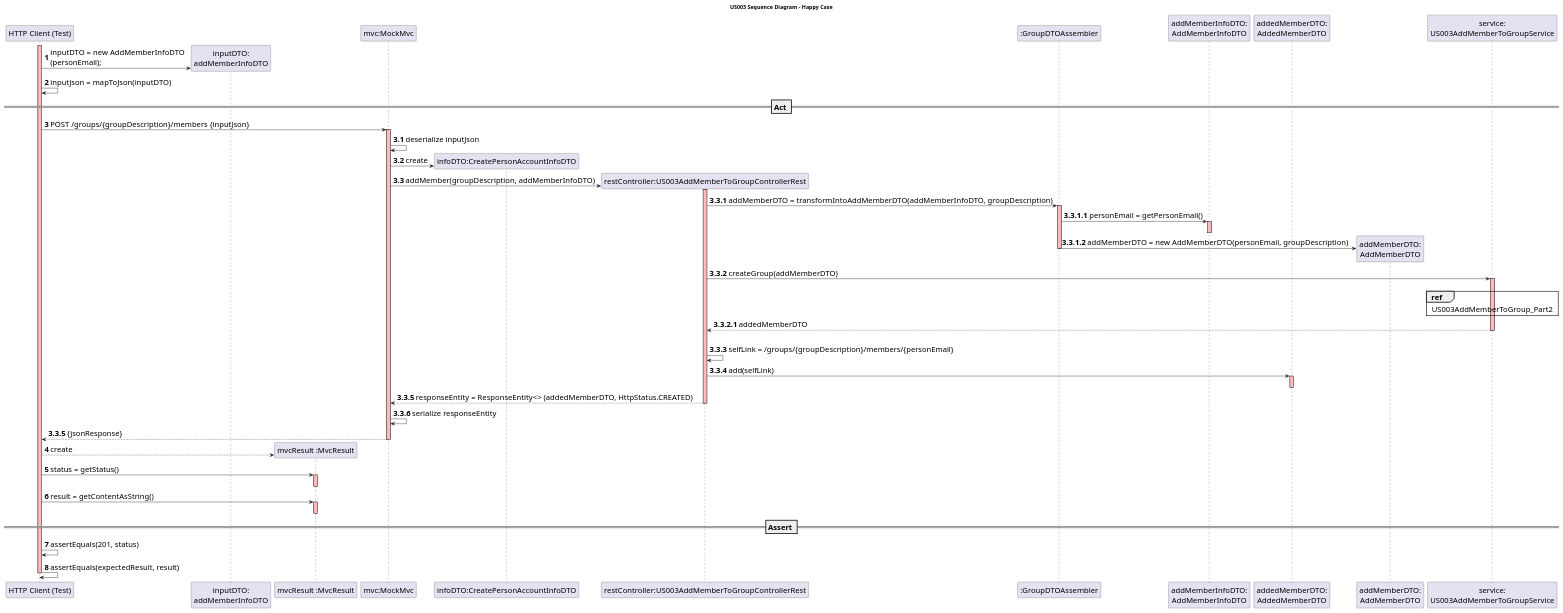
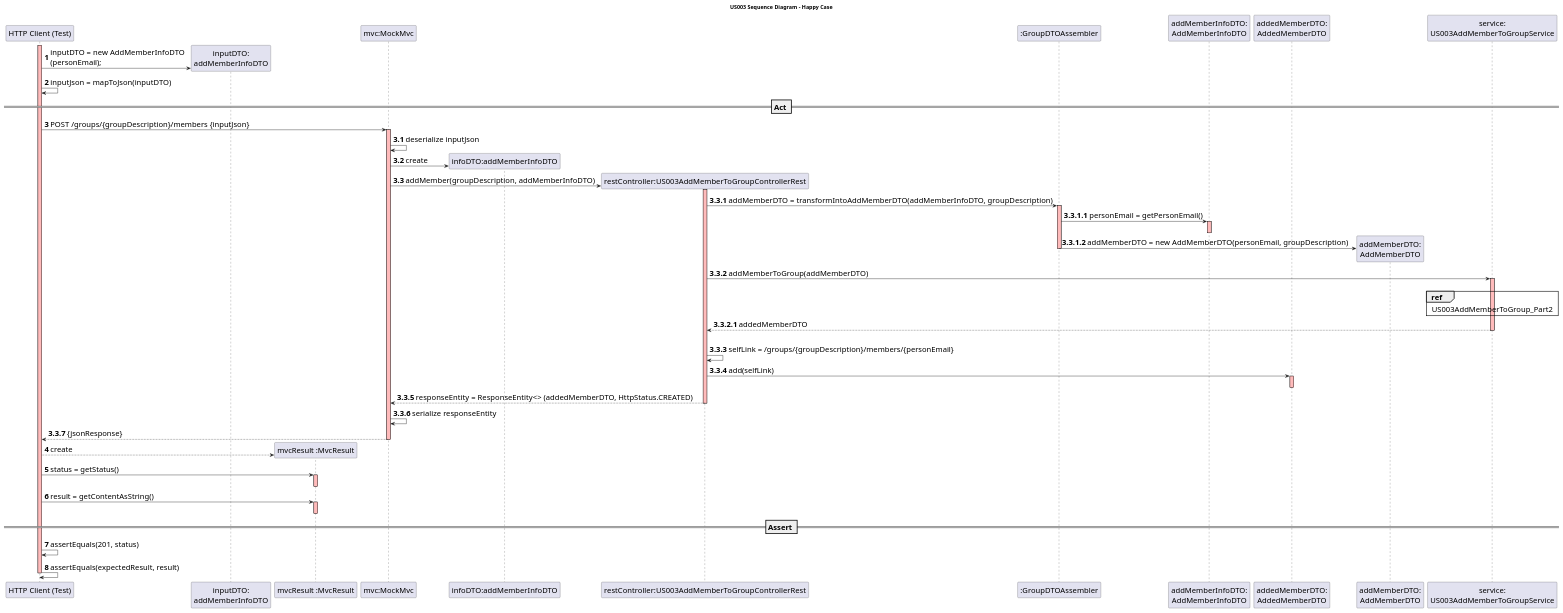
One commit to mleitaoribeiro/DevOpsMaven changed the diagram in src/main/java/switch2019/project/controllerLayer/rest/US003AddMemberToGroupControllerRest.puml. Above: the diagram before and after it, drawn with PlantUML.

Commit message:
ref #955 update to Sequence Diagram

```diff
--- a/src/main/java/switch2019/project/controllerLayer/rest/US003AddMemberToGroupControllerRest.puml
+++ b/src/main/java/switch2019/project/controllerLayer/rest/US003AddMemberToGroupControllerRest.puml
@@ -1,100 +1,100 @@
 @startuml
 
 skinparam DefaultFontSize 20
 
 title US003 Sequence Diagram - Happy Case
 
 participant "HTTP Client (Test)"
 participant "inputDTO:\naddMemberInfoDTO"
 participant "mvcResult :MvcResult"
 participant "mvc:MockMvc"
-participant "infoDTO:CreatePersonAccountInfoDTO"
+participant "infoDTO:addMemberInfoDTO"
 participant "restController:US003AddMemberToGroupControllerRest"
 participant ":GroupDTOAssembler"
 participant "addMemberInfoDTO:\nAddMemberInfoDTO"
 participant "addedMemberDTO:\nAddedMemberDTO"
 participant "addMemberDTO:\nAddMemberDTO"
 participant "service:\nUS003AddMemberToGroupService"
 
 autonumber 1
 create "inputDTO:\naddMemberInfoDTO"
 activate "HTTP Client (Test)" #FFBBBB
 "HTTP Client (Test)" -> "inputDTO:\naddMemberInfoDTO": inputDTO = new AddMemberInfoDTO\n(personEmail);
 "HTTP Client (Test)" -> "HTTP Client (Test)": inputJson = mapToJson(inputDTO)
 
 == Act ==
 
 "HTTP Client (Test)" -> "mvc:MockMvc" : POST /groups/{groupDescription}/members {inputJson}
 activate "mvc:MockMvc"  #FFBBBB
 
 autonumber 3.1
 "mvc:MockMvc" -> "mvc:MockMvc" :  deserialize inputJson
 
-create "infoDTO:CreatePersonAccountInfoDTO"
-"mvc:MockMvc"->"infoDTO:CreatePersonAccountInfoDTO": create
+create "infoDTO:addMemberInfoDTO"
+"mvc:MockMvc"->"infoDTO:addMemberInfoDTO": create
 
 create "restController:US003AddMemberToGroupControllerRest"
 "mvc:MockMvc"-> "restController:US003AddMemberToGroupControllerRest" : addMember(groupDescription, addMemberInfoDTO)
 
 autonumber 3.3.1
 activate "restController:US003AddMemberToGroupControllerRest" #FFBBBB
 "restController:US003AddMemberToGroupControllerRest" -> ":GroupDTOAssembler": addMemberDTO = transformIntoAddMemberDTO(addMemberInfoDTO, groupDescription)
 
 autonumber 3.3.1.1
 
 activate ":GroupDTOAssembler" #FFBBBB
 
 ":GroupDTOAssembler" -> "addMemberInfoDTO:\nAddMemberInfoDTO": personEmail = getPersonEmail()
 
 activate "addMemberInfoDTO:\nAddMemberInfoDTO" #FFBBBB
 deactivate "addMemberInfoDTO:\nAddMemberInfoDTO" #FFBBBB
 
 create "addMemberDTO:\nAddMemberDTO"
 ":GroupDTOAssembler" -> "addMemberDTO:\nAddMemberDTO": addMemberDTO = new AddMemberDTO(personEmail, groupDescription)
 deactivate ":GroupDTOAssembler"
 
 autonumber 3.3.2
-"restController:US003AddMemberToGroupControllerRest" -> "service:\nUS003AddMemberToGroupService" : createGroup(addMemberDTO)
+"restController:US003AddMemberToGroupControllerRest" -> "service:\nUS003AddMemberToGroupService" : addMemberToGroup(addMemberDTO)
 activate "service:\nUS003AddMemberToGroupService" #FFBBBB
 |||
 ref over "service:\nUS003AddMemberToGroupService" : US003AddMemberToGroup_Part2
 autonumber 3.3.2.1
 "restController:US003AddMemberToGroupControllerRest" <-- "service:\nUS003AddMemberToGroupService" : addedMemberDTO
 |||
 deactivate "service:\nUS003AddMemberToGroupService" #FFBBBB
 
 autonumber 3.3.3
 "restController:US003AddMemberToGroupControllerRest"->"restController:US003AddMemberToGroupControllerRest": selfLink = /groups/{groupDescription}/members/{personEmail}
 "restController:US003AddMemberToGroupControllerRest"-> "addedMemberDTO:\nAddedMemberDTO": add(selfLink)
 activate "addedMemberDTO:\nAddedMemberDTO" #FFBBBB
 deactivate "addedMemberDTO:\nAddedMemberDTO"
 
 return responseEntity = ResponseEntity<> (addedMemberDTO, HttpStatus.CREATED)
 "mvc:MockMvc" -> "mvc:MockMvc" : serialize responseEntity
 
 deactivate "restController:US003AddMemberToGroupControllerRest"
 
-autonumber 3.3.5
+autonumber 3.3.7
 "mvc:MockMvc" --> "HTTP Client (Test)" : {jsonResponse}
 deactivate "mvc:MockMvc"
 
 create "mvcResult :MvcResult"
 autonumber 4
 "HTTP Client (Test)" --> "mvcResult :MvcResult" : create
 
 "HTTP Client (Test)" -> "mvcResult :MvcResult" : status = getStatus()
 activate "mvcResult :MvcResult" #FFBBBB
 deactivate "mvcResult :MvcResult"
 
 "HTTP Client (Test)" -> "mvcResult :MvcResult" : result = getContentAsString()
 activate "mvcResult :MvcResult" #FFBBBB
 deactivate "mvcResult :MvcResult"
 
 
 == Assert ==
 
 "HTTP Client (Test)" -> "HTTP Client (Test)" : assertEquals(201, status)
 "HTTP Client (Test)" -> "HTTP Client (Test)" : assertEquals(expectedResult, result)
 deactivate "HTTP Client (Test)"
 
 @enduml
```
